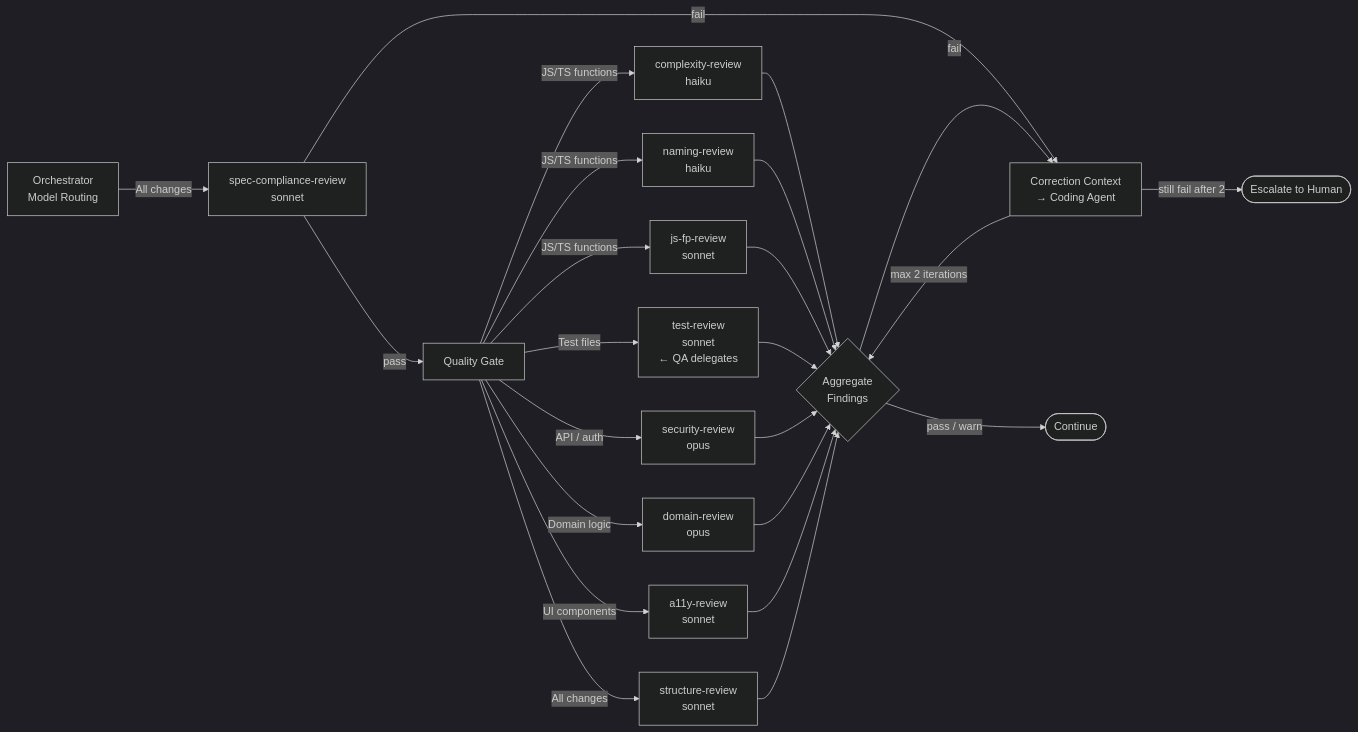
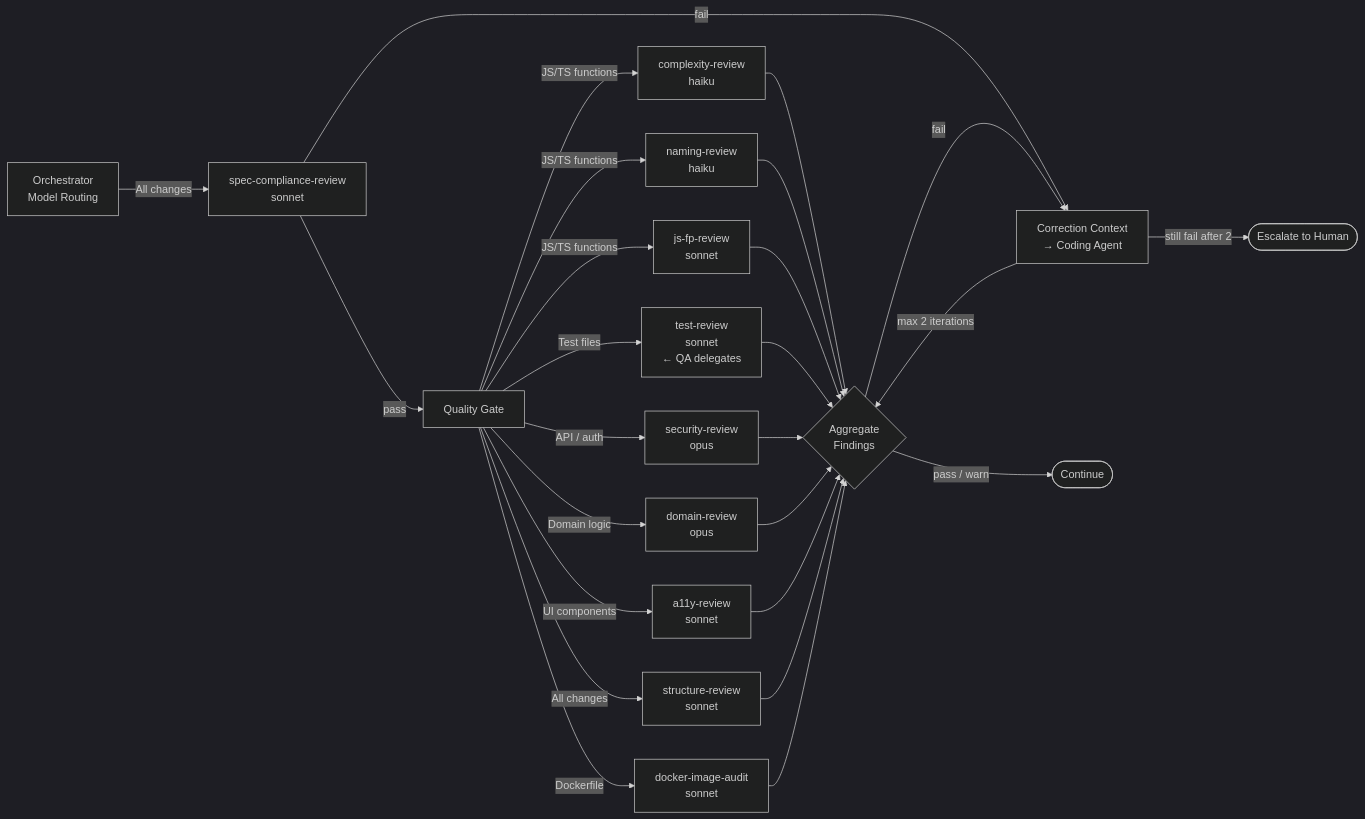
One commit to bdfinst/agentic-dev-team changed the second of 2 diagrams in docs/team-structure.md. Above: the diagram before and after it, drawn with Mermaid (dark theme). The commit also changed 7 other files, not shown here.

First line of the commit message:
feat: add docker-image-create and docker-image-audit skills

````diff
--- a/docs/team-structure.md
+++ b/docs/team-structure.md
@@ -40,21 +40,22 @@
 ```mermaid
 flowchart LR
     CO[Orchestrator\nModel Routing] -->|All changes| R0[spec-compliance-review\nsonnet]
     R0 -->|pass| QUALITY[Quality Gate]
     R0 -->|fail| FB
 
     QUALITY -->|JS/TS functions| R1[complexity-review\nhaiku]
     QUALITY -->|JS/TS functions| R2[naming-review\nhaiku]
     QUALITY -->|JS/TS functions| R3[js-fp-review\nsonnet]
     QUALITY -->|Test files| R4[test-review\nsonnet\n← QA delegates]
     QUALITY -->|API / auth| R5[security-review\nopus]
     QUALITY -->|Domain logic| R6[domain-review\nopus]
     QUALITY -->|UI components| R7[a11y-review\nsonnet]
     QUALITY -->|All changes| R8[structure-review\nsonnet]
+    QUALITY -->|Dockerfile| R9[docker-image-audit\nsonnet]
 
-    R1 & R2 & R3 & R4 & R5 & R6 & R7 & R8 --> AGG{Aggregate\nFindings}
+    R1 & R2 & R3 & R4 & R5 & R6 & R7 & R8 & R9 --> AGG{Aggregate\nFindings}
     AGG -->|pass / warn| CONT([Continue])
     AGG -->|fail| FB[Correction Context\n→ Coding Agent]
     FB -->|max 2 iterations| AGG
     FB -->|still fail after 2| HU([Escalate to Human])
 ```
````
